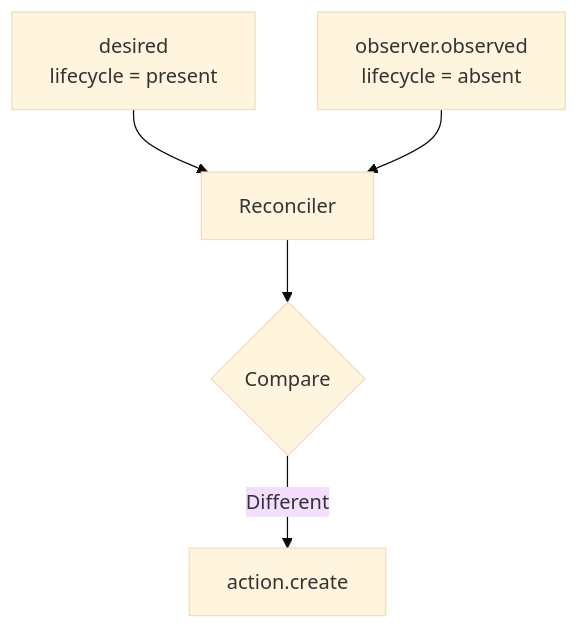
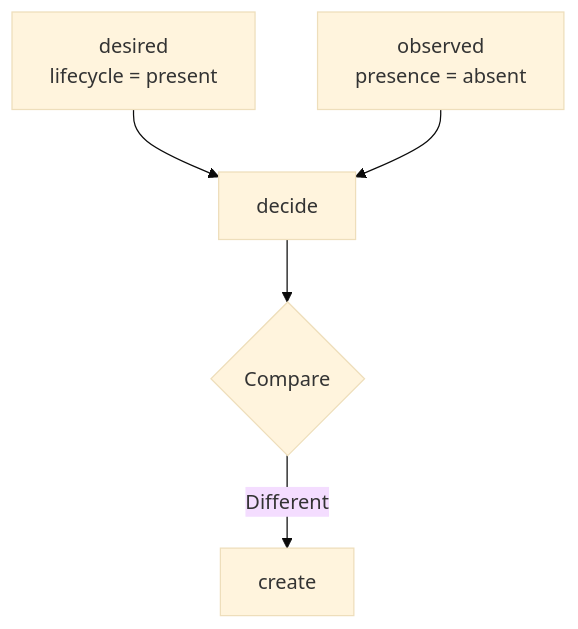
The ninth of 16 diagrams in docs/loop/RESOURCE-CONTROL-LOOP.md (danielsabatini/smarkee), drawn with Mermaid (base theme) before and after one commit. The commit also changed other lines of this file, not shown here.

````diff
--- a/docs/loop/RESOURCE-CONTROL-LOOP.md
+++ b/docs/loop/RESOURCE-CONTROL-LOOP.md
@@ -749,14 +663,14 @@
 ```mermaid
 flowchart TB
 
     D["desired<br/>lifecycle = present"]
-    O["observer.observed<br/>lifecycle = absent"]
+    O["observed<br/>presence = absent"]
 
-    D --> R["Reconciler"]
+    D --> R["decide"]
 
     O --> R
 
     R --> C{"Compare"}
 
-    C -->|"Different"| A["action.create"]
+    C -->|"Different"| A["create"]
 ```
````
